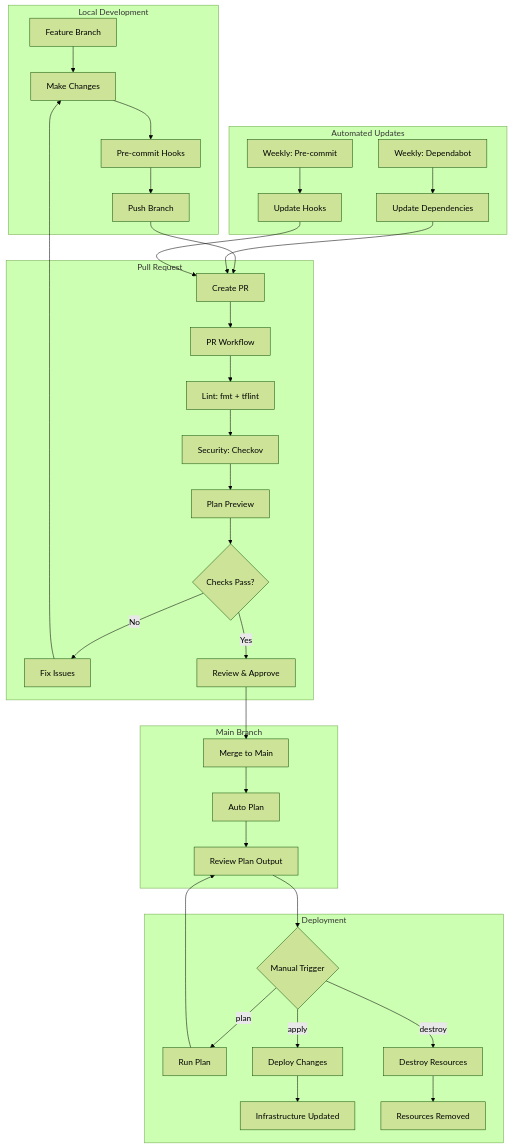
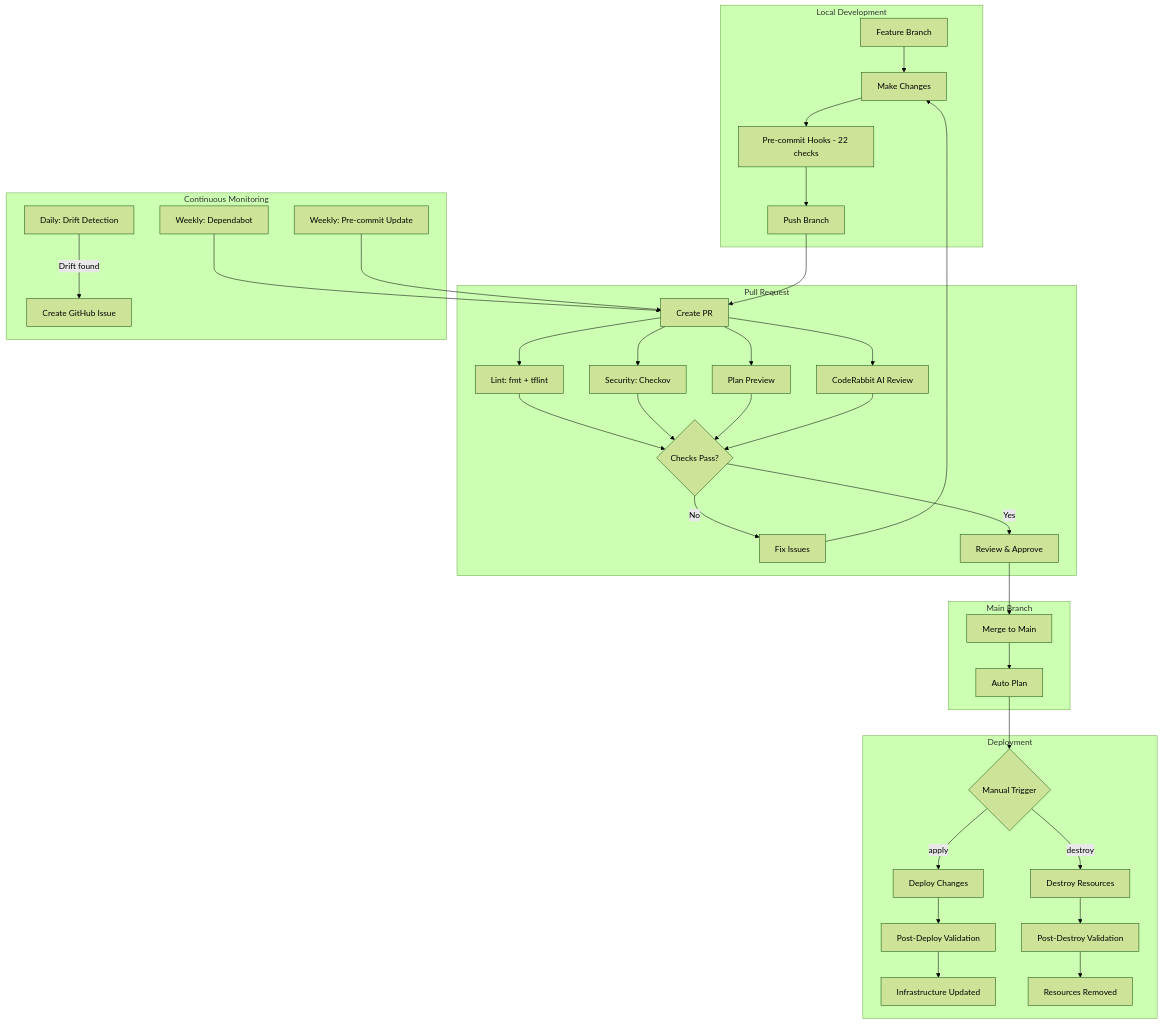
The diagram in docs/architecture.md (gamaware/aws-organization-governance), drawn with Mermaid (forest theme) before and after one commit. The commit also changed other lines of this file and 2 other files, not shown here.

First line of the commit message:
fix: restore tflint config and update documentation (#17)

````diff
--- a/docs/architecture.md
+++ b/docs/architecture.md
@@ -104,43 +103,41 @@
 ```mermaid
 graph TB
     subgraph "Local Development"
         A[Feature Branch] --> B[Make Changes]
-        B --> C[Pre-commit Hooks]
+        B --> C[Pre-commit Hooks - 22 checks]
         C --> D[Push Branch]
     end
 
     subgraph "Pull Request"
         D --> E[Create PR]
-        E --> F[PR Workflow]
-        F --> G[Lint: fmt + tflint]
-        G --> H[Security: Checkov]
-        H --> I[Plan Preview]
-        I --> J{Checks Pass?}
-        J -->|No| K[Fix Issues]
-        K --> B
-        J -->|Yes| L[Review & Approve]
+        E --> F1[Lint: fmt + tflint]
+        E --> F2[Security: Checkov]
+        E --> F3[Plan Preview]
+        E --> F4[CodeRabbit AI Review]
+        F1 & F2 & F3 & F4 --> G{Checks Pass?}
+        G -->|No| H[Fix Issues]
+        H --> B
+        G -->|Yes| I[Review & Approve]
     end
 
     subgraph "Main Branch"
-        L --> M[Merge to Main]
-        M --> N[Auto Plan]
-        N --> O[Review Plan Output]
+        I --> J[Merge to Main]
+        J --> K[Auto Plan]
     end
 
     subgraph "Deployment"
-        O --> P{Manual Trigger}
-        P -->|plan| Q[Run Plan]
-        P -->|apply| R[Deploy Changes]
-        P -->|destroy| S[Destroy Resources]
-        Q --> O
-        R --> T[Infrastructure Updated]
-        S --> U[Resources Removed]
+        K --> L{Manual Trigger}
+        L -->|apply| M[Deploy Changes]
+        M --> N[Post-Deploy Validation]
+        N --> O[Infrastructure Updated]
+        L -->|destroy| P[Destroy Resources]
+        P --> Q[Post-Destroy Validation]
+        Q --> R[Resources Removed]
     end
 
-    subgraph "Automated Updates"
-        V[Weekly: Dependabot] --> W[Update Dependencies]
-        X[Weekly: Pre-commit] --> Y[Update Hooks]
-        W --> E
-        Y --> E
+    subgraph "Continuous Monitoring"
+        S[Daily: Drift Detection] -->|Drift found| T[Create GitHub Issue]
+        U[Weekly: Dependabot] --> E
+        V[Weekly: Pre-commit Update] --> E
     end
 ```
````
